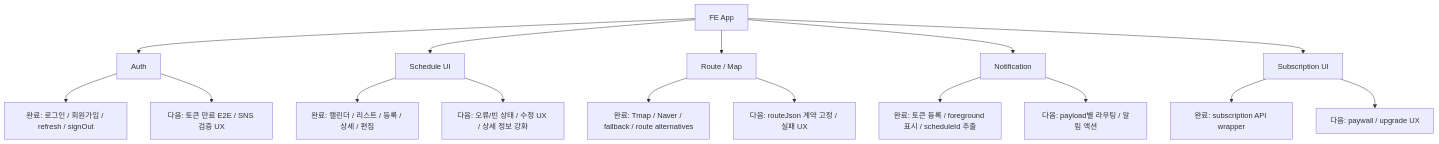
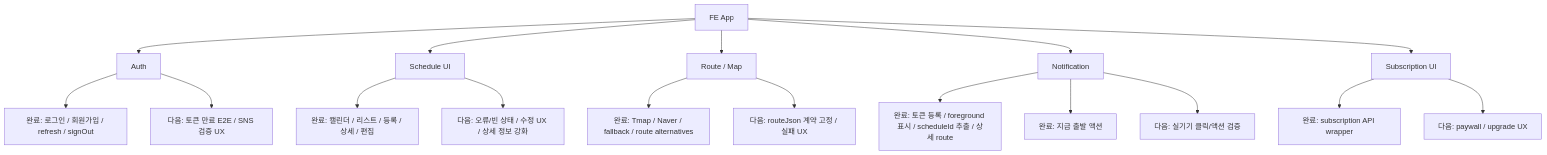
Before and after one commit to NoLate-Project/NoLate_BE: the diagram in docs/fe-app-route-ux-roadmap.md, drawn with Mermaid. The commit also changed other lines of this file and 13 other files, not shown here.

````diff
--- a/docs/fe-app-route-ux-roadmap.md
+++ b/docs/fe-app-route-ux-roadmap.md
@@ -108,23 +120,24 @@
 ```mermaid
 flowchart TD
   A["FE App"] --> B["Auth"]
   A --> C["Schedule UI"]
   A --> D["Route / Map"]
   A --> E["Notification"]
   A --> F["Subscription UI"]
 
   B --> B1["완료: 로그인 / 회원가입 / refresh / signOut"]
   B --> B2["다음: 토큰 만료 E2E / SNS 검증 UX"]
 
   C --> C1["완료: 캘린더 / 리스트 / 등록 / 상세 / 편집"]
   C --> C2["다음: 오류/빈 상태 / 수정 UX / 상세 정보 강화"]
 
   D --> D1["완료: Tmap / Naver / fallback / route alternatives"]
   D --> D2["다음: routeJson 계약 고정 / 실패 UX"]
 
-  E --> E1["완료: 토큰 등록 / foreground 표시 / scheduleId 추출"]
-  E --> E2["다음: payload별 라우팅 / 알림 액션"]
+  E --> E1["완료: 토큰 등록 / foreground 표시 / scheduleId 추출 / 상세 route"]
+  E --> E2["완료: 지금 출발 액션"]
+  E --> E3["다음: 실기기 클릭/액션 검증"]
 
   F --> F1["완료: subscription API wrapper"]
   F --> F2["다음: paywall / upgrade UX"]
 ```
````
